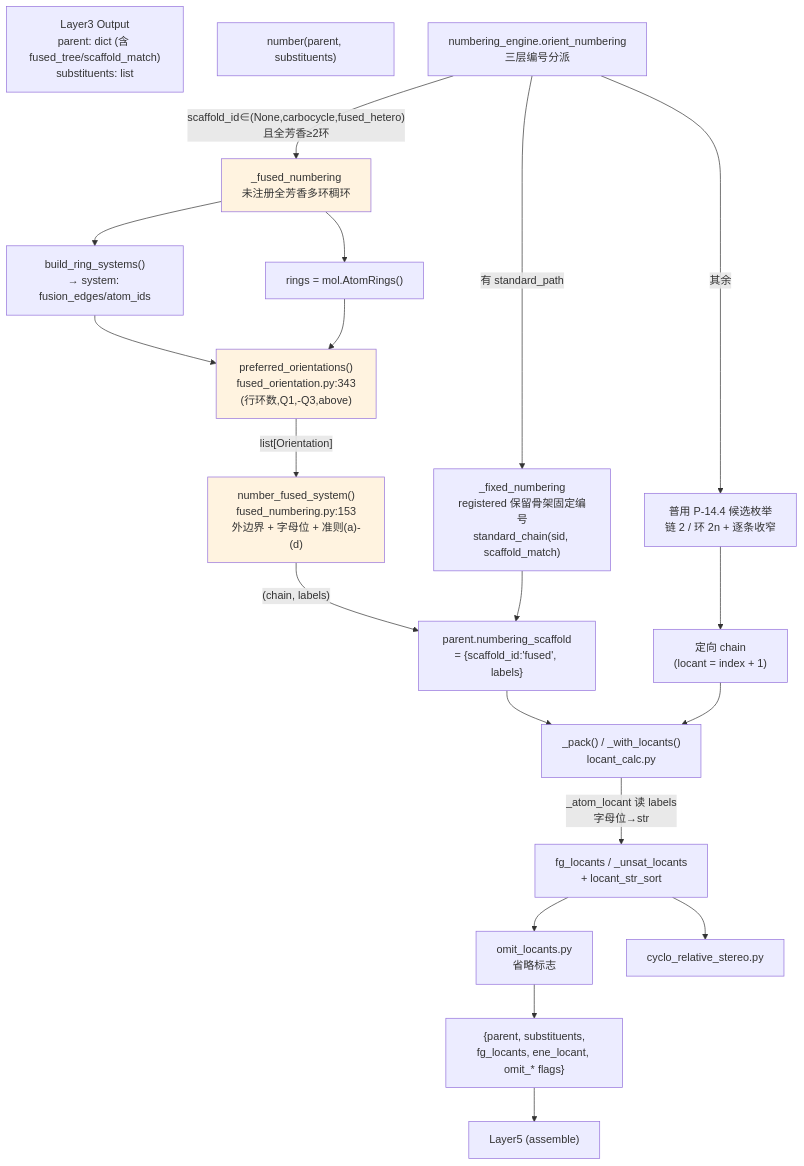
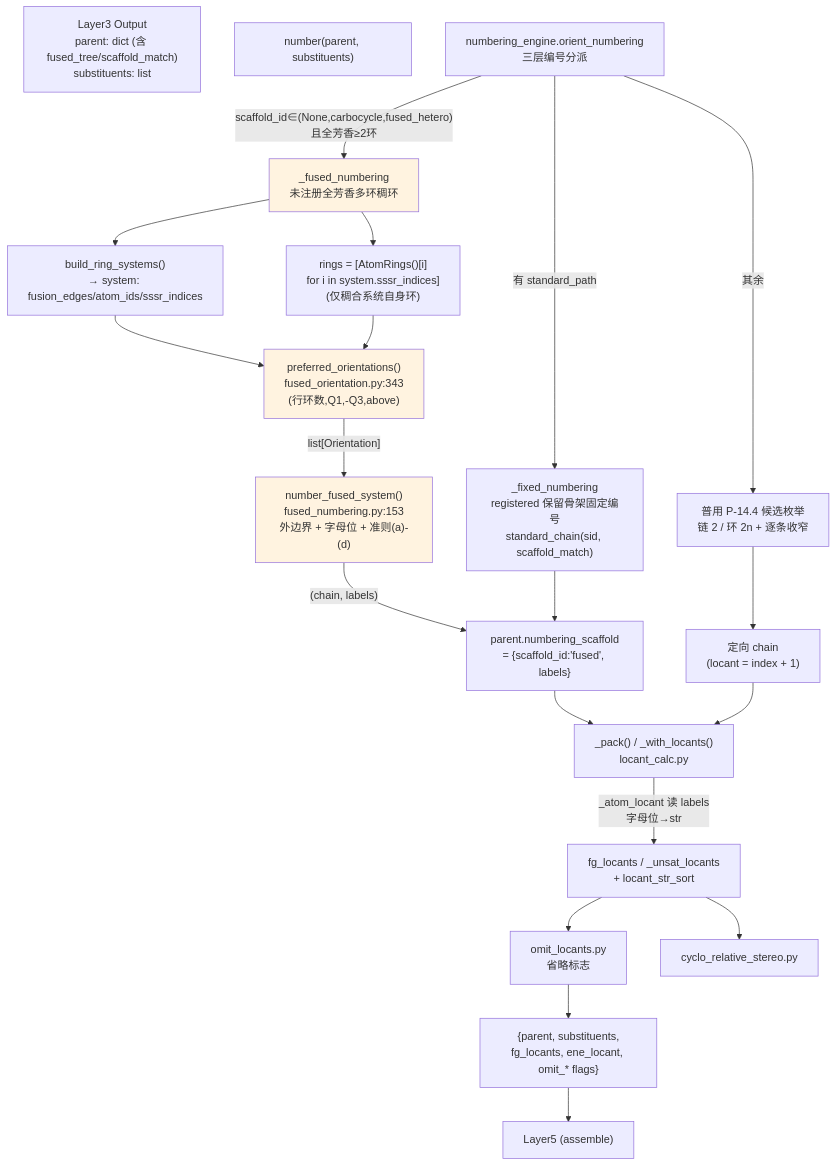
The diagram in docs/wiki/architecture/layer4-numbering.md (zouxiaofei1/OpenSMILES), drawn with Mermaid before and after one commit. The commit also changed other lines of this file and 21 other files, not shown here.

````diff
--- a/docs/wiki/architecture/layer4-numbering.md
+++ b/docs/wiki/architecture/layer4-numbering.md
@@ -228,35 +237,35 @@
 ```mermaid
 flowchart TD
     L3["Layer3 Output<br/>parent: dict (含 fused_tree/scaffold_match)<br/>substituents: list"]
     NUM["number(parent, substituents)"]
     ORIENT["numbering_engine.orient_numbering<br/>三层编号分派"]
 
     LEFT["_fixed_numbering<br/>registered 保留骨架固定编号<br/>standard_chain(sid, scaffold_match)"]
     FUSED["_fused_numbering<br/>未注册全芳香多环稠环"]
     GEN["普用 P-14.4 候选枚举<br/>链 2 / 环 2n + 逐条收窄"]
 
     ORIENT -->|"有 standard_path"| LEFT
     ORIENT -->|"scaffold_id∈(None,carbocycle,fused_hetero)<br/>且全芳香≥2环"| FUSED
     ORIENT -->|"其余"| GEN
 
-    FUSED --> BRS["build_ring_systems()<br/>→ system: fusion_edges/atom_ids"]
-    FUSED --> RINGS["rings = mol.AtomRings()"]
+    FUSED --> BRS["build_ring_systems()<br/>→ system: fusion_edges/atom_ids/sssr_indices"]
+    FUSED --> RINGS["rings = [AtomRings()[i]<br/>for i in system.sssr_indices]<br/>(仅稠合系统自身环)"]
     BRS --> ORIENT2["preferred_orientations()<br/>fused_orientation.py:343<br/>(行环数,Q1,-Q3,above)"]
     RINGS --> ORIENT2
     ORIENT2 -->|"list[Orientation]"| NF["number_fused_system()<br/>fused_numbering.py:153<br/>外边界 + 字母位 + 准则(a)-(d)"]
     NF -->|"(chain, labels)"| SCAFF["parent.numbering_scaffold<br/>= {scaffold_id:'fused', labels}"]
     LEFT --> SCAFF
 
     SCAFF --> PACK["_pack() / _with_locants()<br/>locant_calc.py"]
     PACK -->|"_atom_locant 读 labels<br/>字母位→str"| LOCS["fg_locants / _unsat_locants<br/>+ locant_str_sort"]
     LOCS --> OMIT["omit_locants.py<br/>省略标志"]
     LOCS --> STEREO["cyclo_relative_stereo.py"]
     OMIT --> OUT["{parent, substituents,<br/>fg_locants, ene_locant, omit_* flags}"]
     OUT --> L5["Layer5 (assemble)"]
 
     GEN --> CHAIN["定向 chain<br/>(locant = index + 1)"]
     CHAIN --> PACK
     style FUSED fill:#fff3e0
     style NF fill:#fff3e0
     style ORIENT2 fill:#fff3e0
 ```
````
